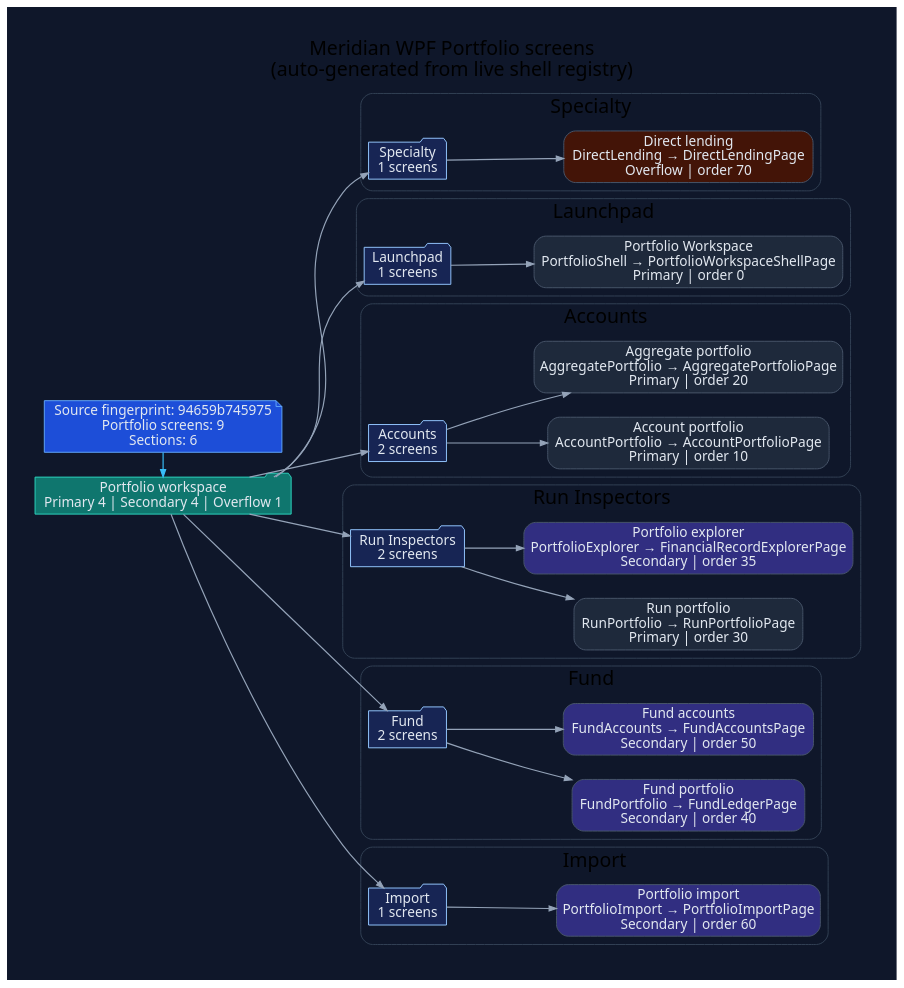
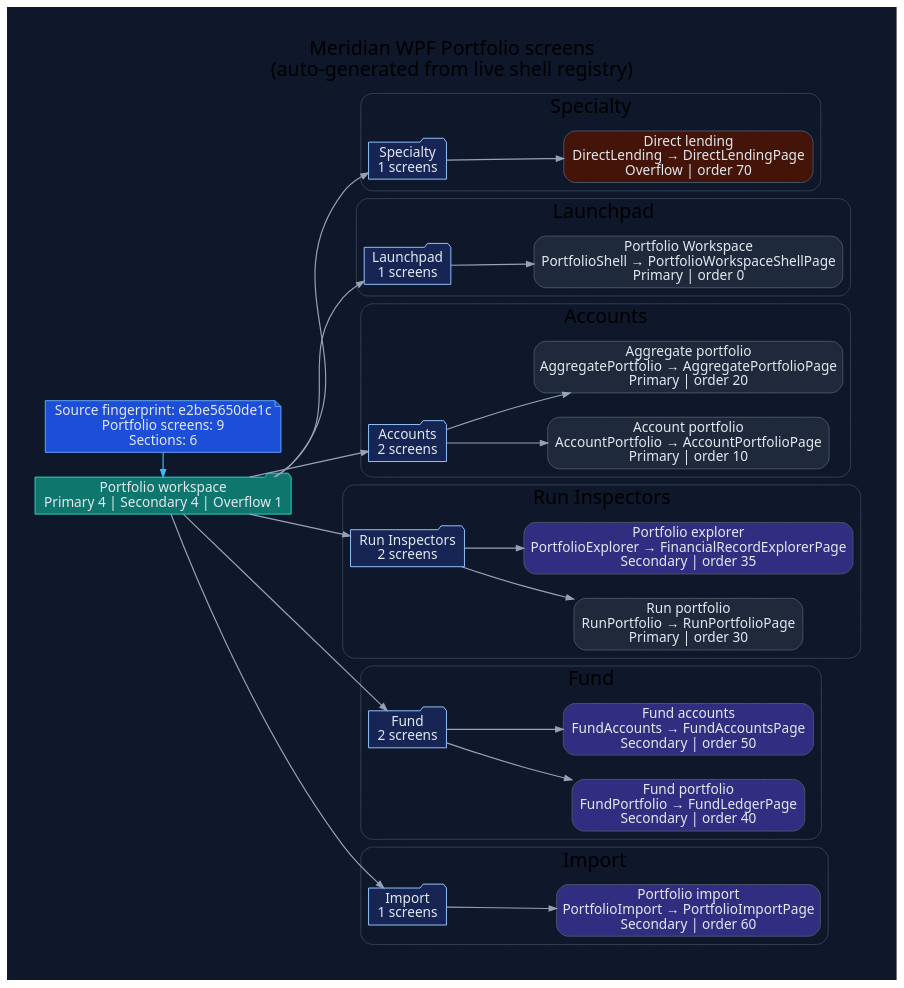
The diagram in docs/diagrams/ui/ui-wpf-screens-portfolio.dot (rodoHasArrived/Meridian-main), drawn with Graphviz before and after one commit. The commit also changed 48 other files, not shown here.

```diff
--- a/docs/diagrams/ui/ui-wpf-screens-portfolio.dot
+++ b/docs/diagrams/ui/ui-wpf-screens-portfolio.dot
@@ -1,92 +1,92 @@
 // -----------------------------------------------------------------------------
 // <auto-generated>
 // Generated by scripts/generate-diagrams.mjs.
 // Do not edit this file directly; update the WPF source files instead.
 // -----------------------------------------------------------------------------
 digraph WpfPortfolioScreens {
   graph [
     rankdir=LR,
     labelloc=t,
     label="Meridian WPF Portfolio screens\n(auto-generated from live shell registry)",
     fontname="Segoe UI",
     fontsize=20,
     pad=0.4,
     nodesep=0.35,
     ranksep=0.85,
     bgcolor="#0f172a"
   ];
   node [fontname="Segoe UI", shape=box, style="rounded,filled", color="#475569", fontcolor="#e2e8f0", fillcolor="#1e293b"];
   edge [fontname="Segoe UI", color="#94a3b8", penwidth=1.2, arrowsize=0.75];
 
-  generated [shape=note, fillcolor="#1d4ed8", color="#60a5fa", label="Source fingerprint: 94659b745975\nPortfolio screens: 9\nSections: 6"];
+  generated [shape=note, fillcolor="#1d4ed8", color="#60a5fa", label="Source fingerprint: e2be5650de1c\nPortfolio screens: 9\nSections: 6"];
   workspace [shape=folder, fillcolor="#0f766e", color="#2dd4bf", label="Portfolio workspace\nPrimary 4 | Secondary 4 | Overflow 1"];
   generated -> workspace [color="#38bdf8"];
 
   subgraph cluster_section_1 {
     label="Specialty";
     color="#334155";
     style="rounded";
     section_1 [shape=folder, fillcolor="#172554", color="#93c5fd", label="Specialty\n1 screens"];
     workspace -> section_1;
     screen_DirectLending [fillcolor="#431407", label="Direct lending\nDirectLending → DirectLendingPage\nOverflow | order 70"];
     section_1 -> screen_DirectLending;
   }
 
   subgraph cluster_section_2 {
     label="Launchpad";
     color="#334155";
     style="rounded";
     section_2 [shape=folder, fillcolor="#172554", color="#93c5fd", label="Launchpad\n1 screens"];
     workspace -> section_2;
     screen_PortfolioShell [fillcolor="#1e293b", label="Portfolio Workspace\nPortfolioShell → PortfolioWorkspaceShellPage\nPrimary | order 0"];
     section_2 -> screen_PortfolioShell;
   }
 
   subgraph cluster_section_3 {
     label="Accounts";
     color="#334155";
     style="rounded";
     section_3 [shape=folder, fillcolor="#172554", color="#93c5fd", label="Accounts\n2 screens"];
     workspace -> section_3;
     screen_AccountPortfolio [fillcolor="#1e293b", label="Account portfolio\nAccountPortfolio → AccountPortfolioPage\nPrimary | order 10"];
     section_3 -> screen_AccountPortfolio;
     screen_AggregatePortfolio [fillcolor="#1e293b", label="Aggregate portfolio\nAggregatePortfolio → AggregatePortfolioPage\nPrimary | order 20"];
     section_3 -> screen_AggregatePortfolio;
   }
 
   subgraph cluster_section_4 {
     label="Run Inspectors";
     color="#334155";
     style="rounded";
     section_4 [shape=folder, fillcolor="#172554", color="#93c5fd", label="Run Inspectors\n2 screens"];
     workspace -> section_4;
     screen_RunPortfolio [fillcolor="#1e293b", label="Run portfolio\nRunPortfolio → RunPortfolioPage\nPrimary | order 30"];
     section_4 -> screen_RunPortfolio;
     screen_PortfolioExplorer [fillcolor="#312e81", label="Portfolio explorer\nPortfolioExplorer → FinancialRecordExplorerPage\nSecondary | order 35"];
     section_4 -> screen_PortfolioExplorer;
   }
 
   subgraph cluster_section_5 {
     label="Fund";
     color="#334155";
     style="rounded";
     section_5 [shape=folder, fillcolor="#172554", color="#93c5fd", label="Fund\n2 screens"];
     workspace -> section_5;
     screen_FundPortfolio [fillcolor="#312e81", label="Fund portfolio\nFundPortfolio → FundLedgerPage\nSecondary | order 40"];
     section_5 -> screen_FundPortfolio;
     screen_FundAccounts [fillcolor="#312e81", label="Fund accounts\nFundAccounts → FundAccountsPage\nSecondary | order 50"];
     section_5 -> screen_FundAccounts;
   }
 
   subgraph cluster_section_6 {
     label="Import";
     color="#334155";
     style="rounded";
     section_6 [shape=folder, fillcolor="#172554", color="#93c5fd", label="Import\n1 screens"];
     workspace -> section_6;
     screen_PortfolioImport [fillcolor="#312e81", label="Portfolio import\nPortfolioImport → PortfolioImportPage\nSecondary | order 60"];
     section_6 -> screen_PortfolioImport;
   }
 
   { rank=min; generated; workspace; }
 }
```
